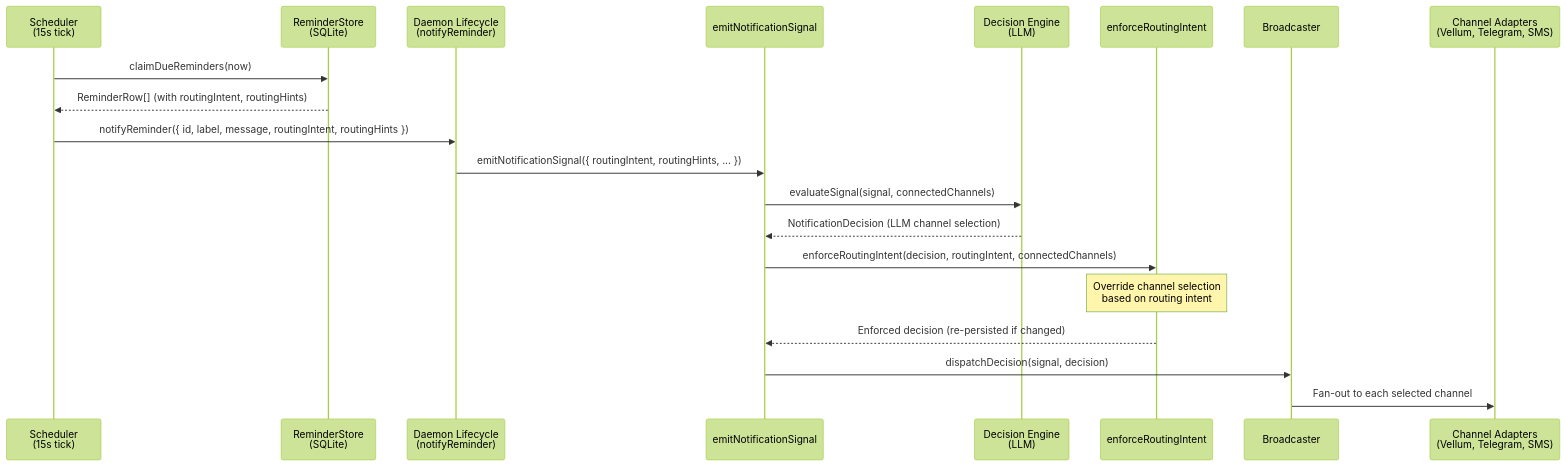
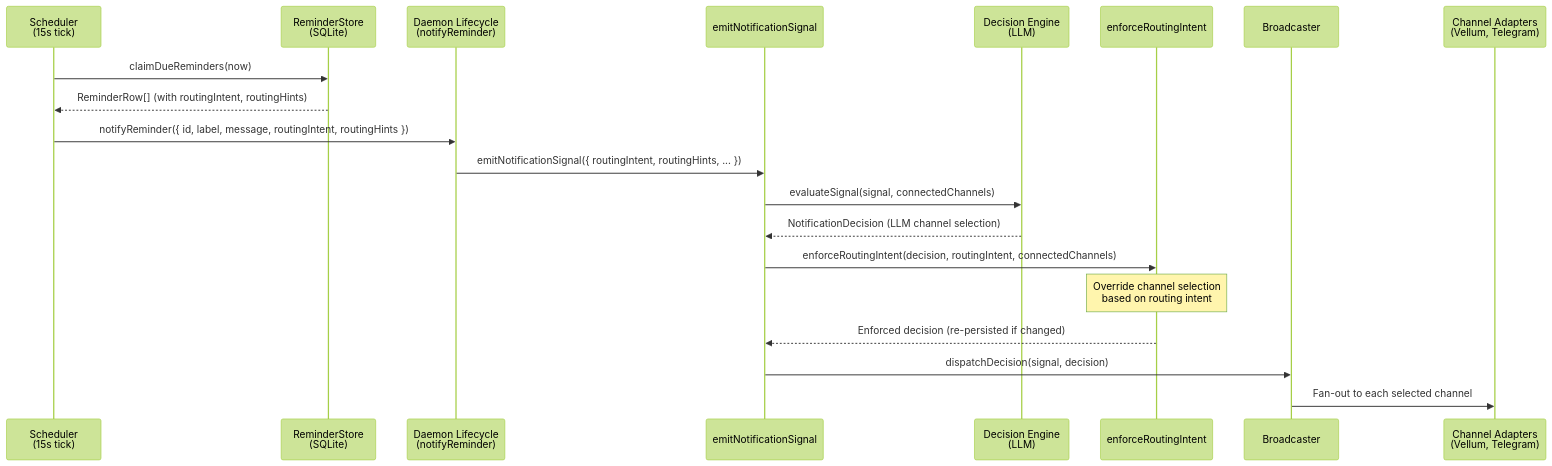
The first of 3 diagrams in assistant/docs/architecture/scheduling.md (vellum-ai/vellum-assistant), drawn with Mermaid (forest theme) before and after one commit. The commit also changed other lines of this file and 162 other files, not shown here.

Commit message:
chore: remove SMS from channel types, config schemas, and remaining references

````diff
--- a/assistant/docs/architecture/scheduling.md
+++ b/assistant/docs/architecture/scheduling.md
@@ -63,23 +63,23 @@
 ```mermaid
 sequenceDiagram
     participant Scheduler as Scheduler<br/>(15s tick)
     participant Store as ReminderStore<br/>(SQLite)
     participant Lifecycle as Daemon Lifecycle<br/>(notifyReminder)
     participant Signal as emitNotificationSignal
     participant Engine as Decision Engine<br/>(LLM)
     participant Enforce as enforceRoutingIntent
     participant Broadcaster as Broadcaster
-    participant Adapters as Channel Adapters<br/>(Vellum, Telegram, SMS)
+    participant Adapters as Channel Adapters<br/>(Vellum, Telegram)
 
     Scheduler->>Store: claimDueReminders(now)
     Store-->>Scheduler: ReminderRow[] (with routingIntent, routingHints)
     Scheduler->>Lifecycle: notifyReminder({ id, label, message, routingIntent, routingHints })
     Lifecycle->>Signal: emitNotificationSignal({ routingIntent, routingHints, ... })
     Signal->>Engine: evaluateSignal(signal, connectedChannels)
     Engine-->>Signal: NotificationDecision (LLM channel selection)
     Signal->>Enforce: enforceRoutingIntent(decision, routingIntent, connectedChannels)
     Note over Enforce: Override channel selection<br/>based on routing intent
     Enforce-->>Signal: Enforced decision (re-persisted if changed)
     Signal->>Broadcaster: dispatchDecision(signal, decision)
     Broadcaster->>Adapters: Fan-out to each selected channel
 ```
````
